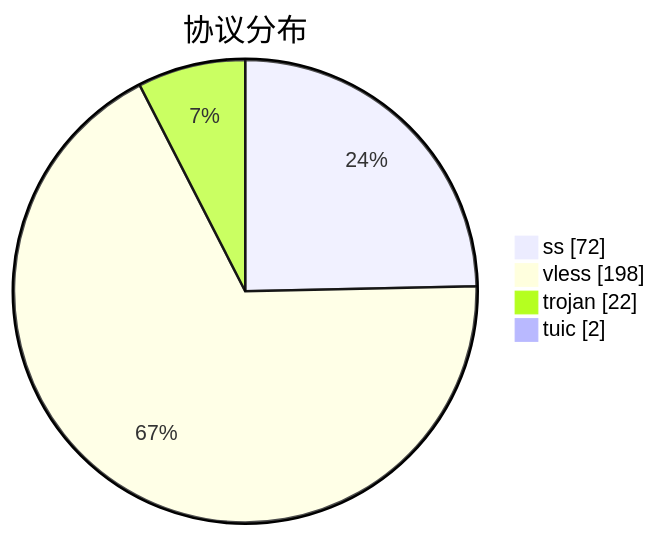
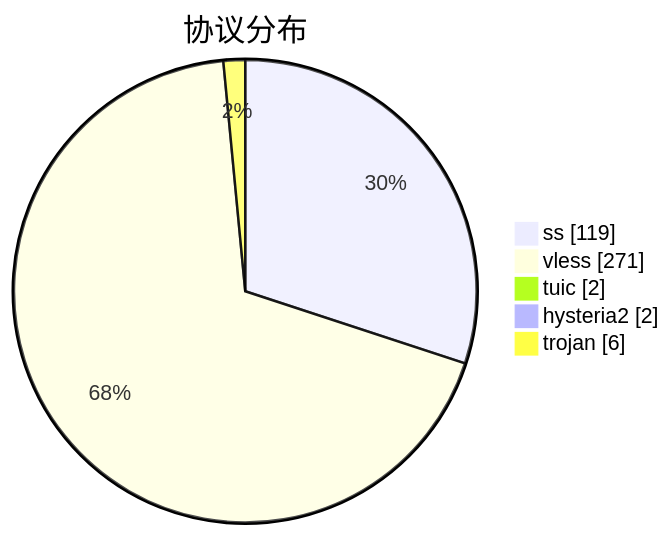
The third of 3 diagrams in subs/statistics/tested_within.md (qjlxg/airport), drawn with Mermaid before and after one commit. The commit also changed other lines of this file and 2 other files, not shown here.

````diff
--- a/subs/statistics/tested_within.md
+++ b/subs/statistics/tested_within.md
@@ -25,8 +28,9 @@
 ```mermaid
 pie showData
 title 协议分布
-"ss" : 72
-"vless" : 198
-"trojan" : 22
+"ss" : 119
+"vless" : 271
 "tuic" : 2
+"hysteria2" : 2
+"trojan" : 6
 ```
````
